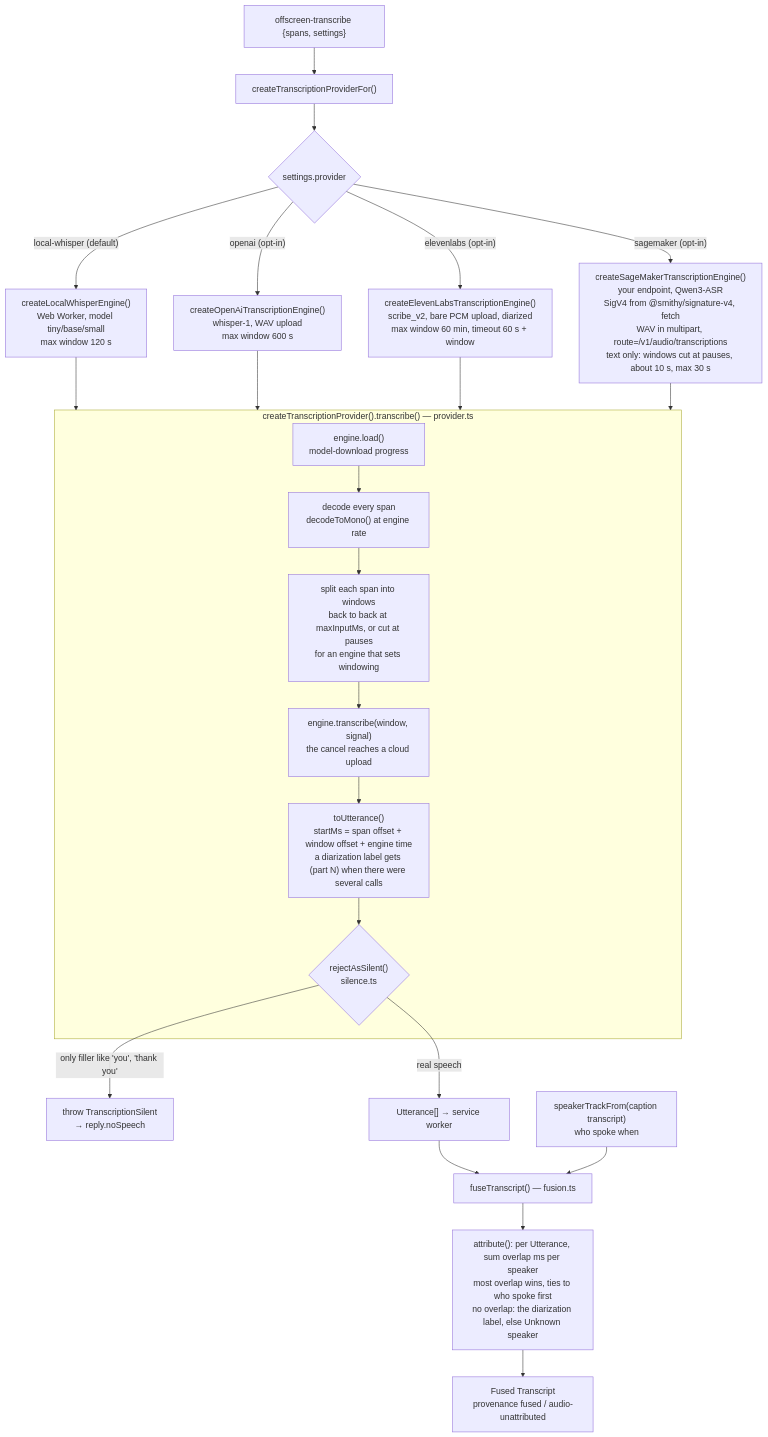
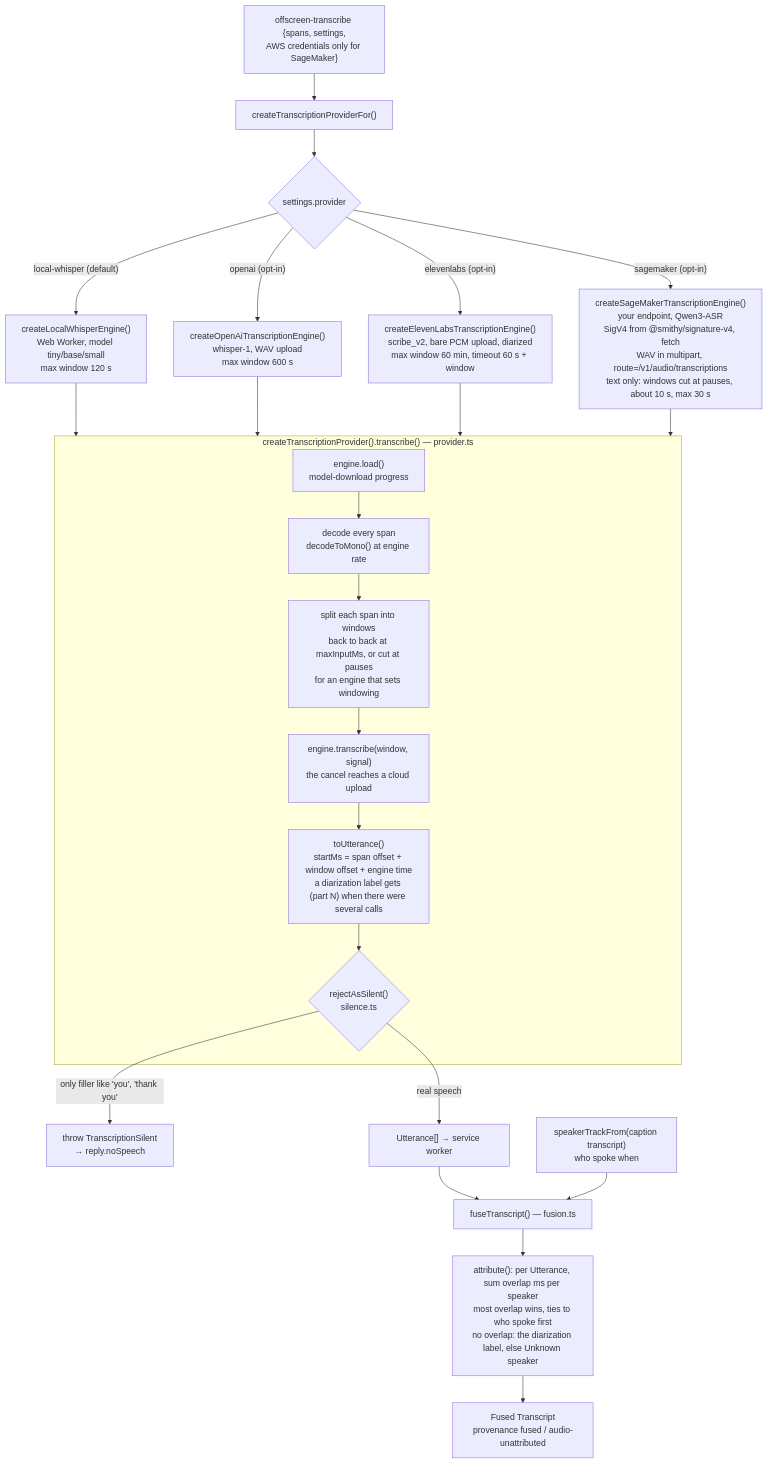
One commit to dominic676767/meeting-summarizer changed the eighth of 11 diagrams in docs/ARCHITECTURE.md. Above: the diagram before and after it, drawn with Mermaid. The commit also changed other lines of this file and 8 other files, not shown here.

````diff
--- a/docs/ARCHITECTURE.md
+++ b/docs/ARCHITECTURE.md
@@ -403,28 +403,25 @@
 ```mermaid
 flowchart TD
-    msg["offscreen-transcribe {spans, settings}"] --> fac["createTranscriptionProviderFor()"]
+    msg["offscreen-transcribe {spans, settings,<br/>AWS credentials only for SageMaker}"] --> fac["createTranscriptionProviderFor()"]
     fac --> which{"settings.provider"}
     which -- "local-whisper (default)" --> lw["createLocalWhisperEngine()<br/>Web Worker, model tiny/base/small<br/>max window 120 s"]
     which -- "openai (opt-in)" --> oa["createOpenAiTranscriptionEngine()<br/>whisper-1, WAV upload<br/>max window 600 s"]
-    lw --> core
     which -- "elevenlabs (opt-in)" --> el["createElevenLabsTranscriptionEngine()<br/>scribe_v2, bare PCM upload, diarized<br/>max window 60 min, timeout 60 s + window"]
-    oa --> core
     which -- "sagemaker (opt-in)" --> sm["createSageMakerTranscriptionEngine()<br/>your endpoint, Qwen3-ASR<br/>SigV4 from @smithy/signature-v4, fetch<br/>WAV in multipart, route=/v1/audio/transcriptions<br/>text only: windows cut at pauses, about 10 s, max 30 s"]
-    el --> core
-    sm --> core
+    lw & oa & el & sm --> core
 
     subgraph core["createTranscriptionProvider().transcribe() — provider.ts"]
         load["engine.load()<br/>model-download progress"] --> dec["decode every span<br/>decodeToMono() at engine rate"]
         dec --> win["split each span into windows<br/>back to back at maxInputMs, or cut at pauses<br/>for an engine that sets windowing"]
         win --> eng["engine.transcribe(window, signal)<br/>the cancel reaches a cloud upload"]
         eng --> utt["toUtterance()<br/>startMs = span offset + window offset + engine time<br/>a diarization label gets (part N) when there were several calls"]
         utt --> sil{"rejectAsSilent()<br/>silence.ts"}
     end
     sil -- "only filler like 'you', 'thank you'" --> silent["throw TranscriptionSilent<br/>→ reply.noSpeech"]
     sil -- "real speech" --> utts["Utterance[] → service worker"]
 
     utts --> fuse["fuseTranscript() — fusion.ts"]
     track["speakerTrackFrom(caption transcript)<br/>who spoke when"] --> fuse
     fuse --> attr["attribute(): per Utterance, sum overlap ms per speaker<br/>most overlap wins, ties to who spoke first<br/>no overlap: the diarization label, else Unknown speaker"]
     attr --> fused["Fused Transcript<br/>provenance fused / audio-unattributed"]
 ```
````
